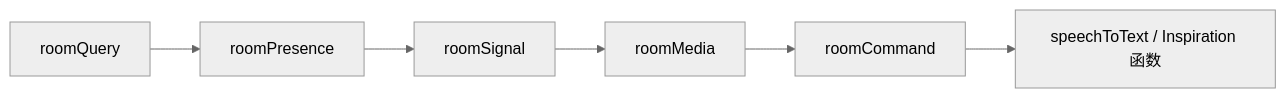
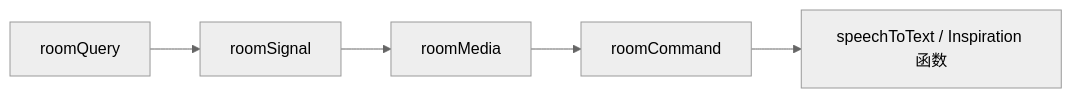
Before and after one commit to Bubble-419/cardboard-miniprogram: the fifth of 7 diagrams in docs/ROOM_PROTOCOL_V3_DEPLOYMENT.md, drawn with Mermaid (neutral theme). The commit also changed other lines of this file and 37 other files, not shown here.

````diff
--- a/docs/ROOM_PROTOCOL_V3_DEPLOYMENT.md
+++ b/docs/ROOM_PROTOCOL_V3_DEPLOYMENT.md
@@ -125,8 +113,7 @@
 ```mermaid
 flowchart LR
-  Q[roomQuery] --> P[roomPresence]
-  P --> S[roomSignal]
+  Q[roomQuery] --> S[roomSignal]
   S --> M[roomMedia]
   M --> C[roomCommand]
   C --> X[speechToText / Inspiration 函数]
 ```
````
